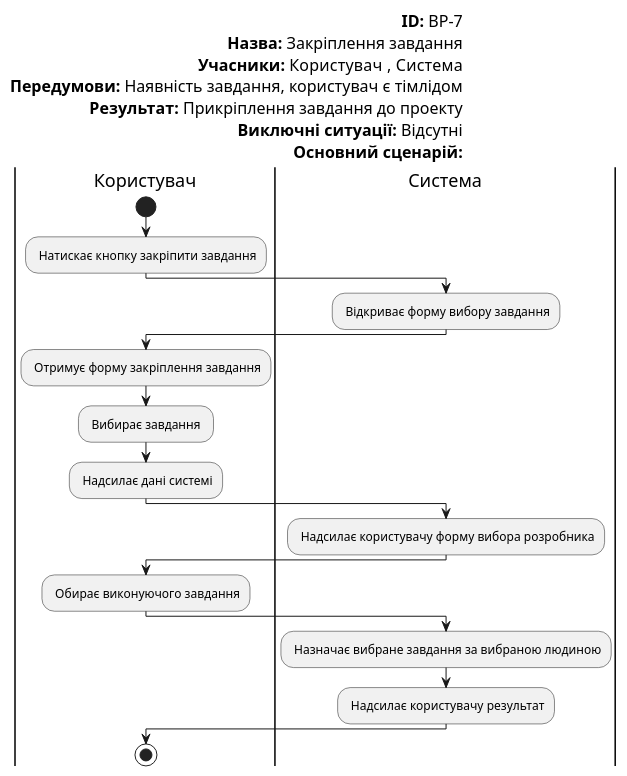
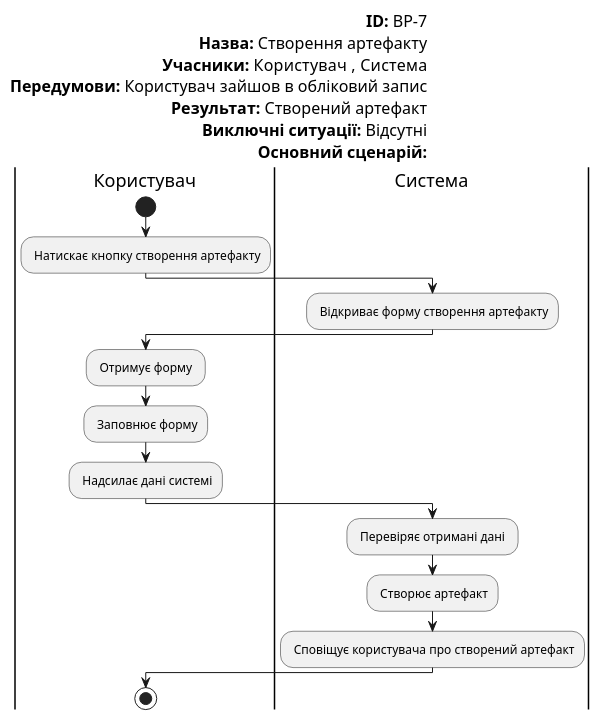
The eighth of 8 diagrams in docs/use cases/README.md (edu-db/edu_db_labs), drawn with PlantUML before and after one commit. The commit also changed other lines of this file, not shown here.

```diff
--- a/docs/use cases/README.md
+++ b/docs/use cases/README.md
@@ -464,39 +453,37 @@
 @startuml
 
-left header
+  left header
 <font color=000 size=16><b>ID:</b> ВP-7
-<font color=000 size=16><b>Назва:</b> Закріплення завдання
+<font color=000 size=16><b>Назва:</b> Створення артефакту
 <font color=000 size=16><b>Учасники:</b> Користувач  , Система
-<font color=000 size=16><b>Передумови:</b> Наявність завдання, користувач є тімлідом
-<font color=000 size=16><b>Результат:</b> Прикріплення завдання до проекту
+<font color=000 size=16><b>Передумови:</b> Користувач зайшов в обліковий запис
+<font color=000 size=16><b>Результат:</b> Створений артефакт
 <font color=000 size=16><b>Виключні ситуації:</b> Відсутні
 <font color=000 size=16><b>Основний сценарій:</b>
 end header
 
 |Користувач|
     start
-    : Натискає кнопку закріпити завдання;
+    : Натискає кнопку створення артефакту;
 |Система|
-    : Відкриває форму вибору завдання;
+    : Відкриває форму створення артефакту;
 |Користувач|
-    : Отримує форму закріплення завдання;
+    : Отримує форму ;
 |Користувач|
-    : Вибирає завдання ;
+    : Заповнює форму;
 |Користувач|
     : Надсилає дані системі;
 |Система|   
-    : Надсилає користувачу форму вибора розробника;
+    : Перевіряє отримані дані ;
     
-|Користувач|
-    : Обирає виконуючого завдання;
-    
-|Система|   
-    : Назначає вибране завдання за вибраною людиною;
+
+
+    : Створює артефакт;
  
-    : Надсилає користувачу результат;
+    : Сповіщує користувача про створений артефакт;
     
   
     
 |Користувач|
     stop;
 @enduml
```
